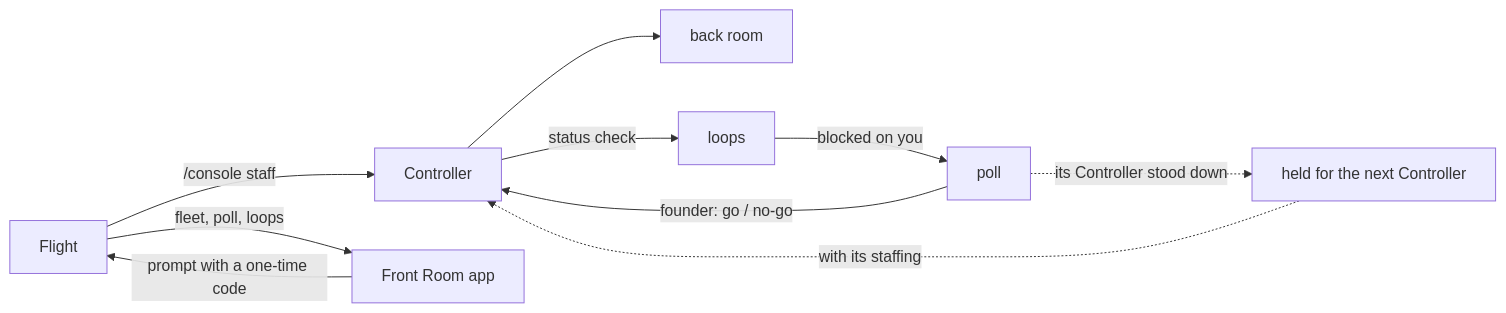
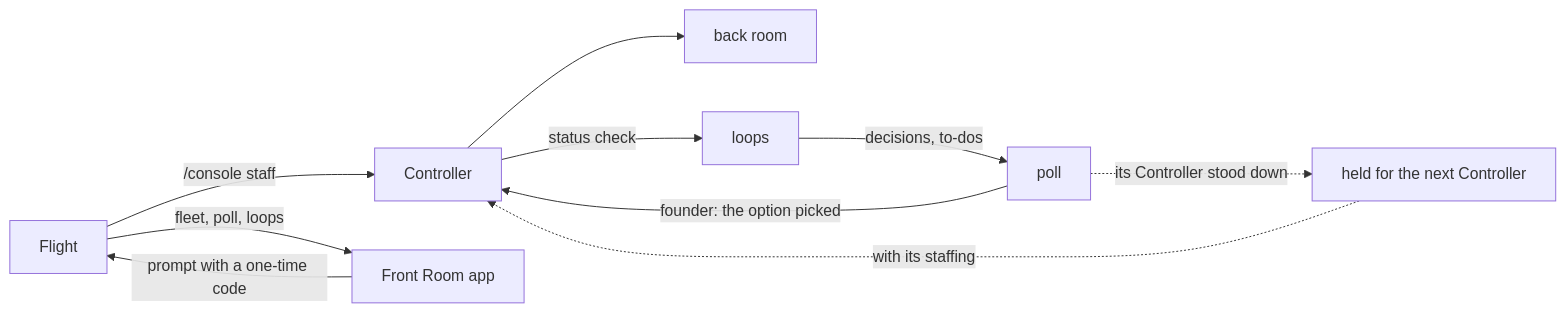
Before and after one commit to sultanassi95/mission-control: the diagram in .claude/skills/fleet/SKILL.md, drawn with Mermaid. The commit also changed other lines of this file and 23 other files, not shown here.

````diff
--- a/.claude/skills/fleet/SKILL.md
+++ b/.claude/skills/fleet/SKILL.md
@@ -26,12 +29,12 @@
 ```mermaid
 flowchart LR
   F[Flight] -->|/console staff| C[Controller]
   C --> B[back room]
   C -->|status check| L[loops]
-  L -->|blocked on you| P[poll]
-  P -->|founder: go / no-go| C
+  L -->|decisions, to-dos| P[poll]
+  P -->|founder: the option picked| C
   P -.->|its Controller stood down| H[held for the next Controller]
   H -.->|with its staffing| C
   A[Front Room app] -->|prompt with a one-time code| F
   F -->|fleet, poll, loops| A
 ```
````
